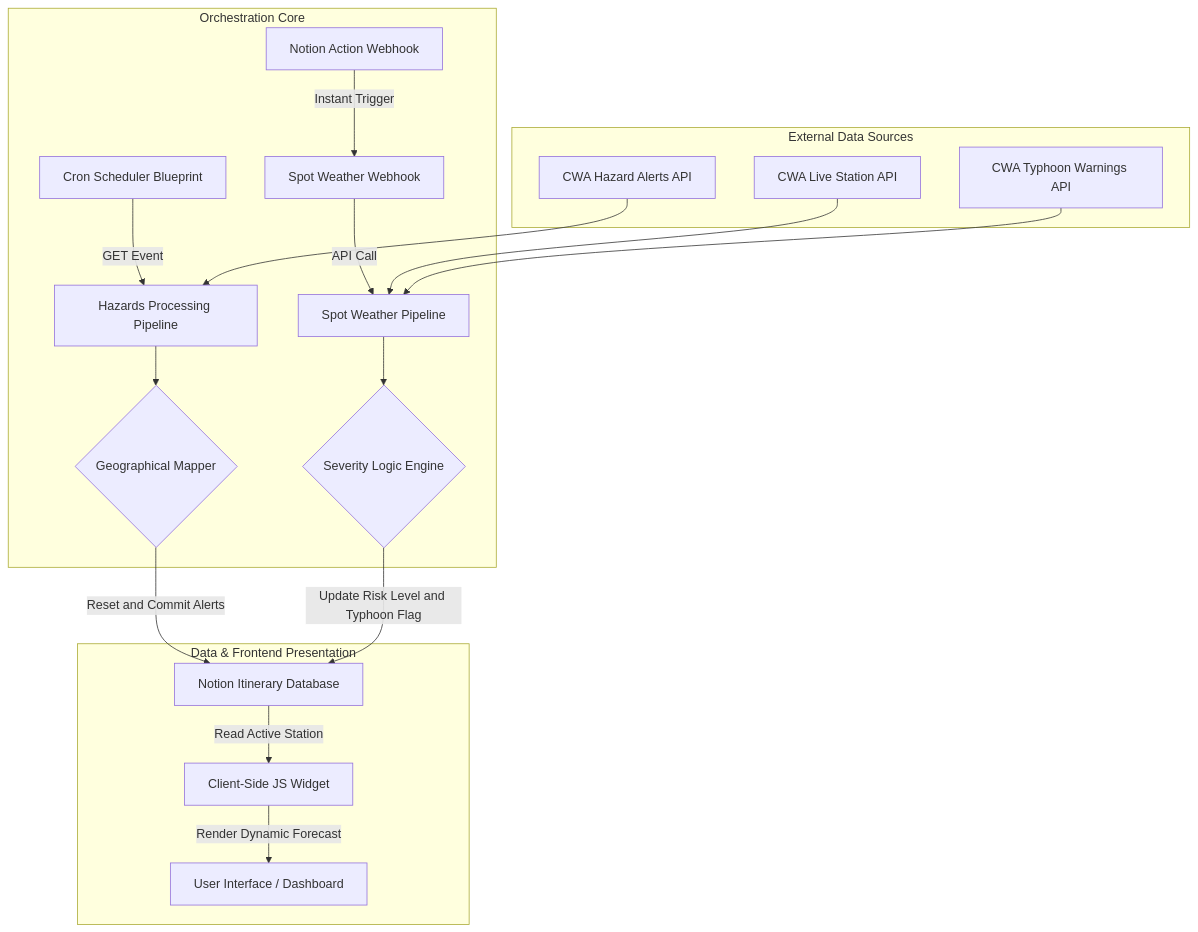
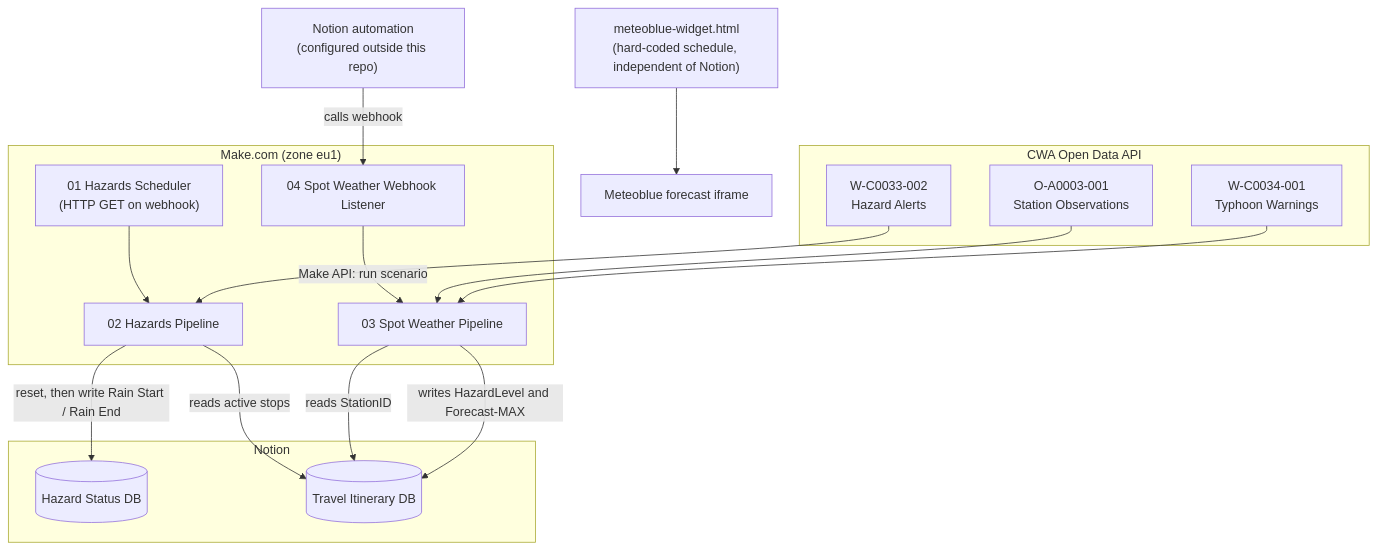
One commit to bisch2306/travel-weather-intelligence-system changed the diagram in README.md. Above: the diagram before and after it, drawn with Mermaid. The commit also changed other lines of this file, not shown here.

````diff
--- a/README.md
+++ b/README.md
@@ -19,28 +20,30 @@
 ```mermaid
 graph TD
-    subgraph External Data Sources
-        A1["CWA Hazard Alerts API"]
-        A2["CWA Live Station API"]
-        A3["CWA Typhoon Warnings API"]
+    subgraph CWA["CWA Open Data API"]
+        A1["W-C0033-002<br/>Hazard Alerts"]
+        A2["O-A0003-001<br/>Station Observations"]
+        A3["W-C0034-001<br/>Typhoon Warnings"]
     end
 
-    subgraph Orchestration Core
-        B1["Cron Scheduler Blueprint"] -->|GET Event| B2["Hazards Processing Pipeline"]
-        C1["Notion Action Webhook"] -->|Instant Trigger| B3["Spot Weather Webhook"]
-        B3 -->|API Call| B4["Spot Weather Pipeline"]
-
-        A1 --> B2
-        A2 --> B4
-        A3 --> B4
-
-        B2 --> D1{"Geographical Mapper"}
-        B4 --> D2{"Severity Logic Engine"}
+    subgraph Make["Make.com (zone eu1)"]
+        S1["01 Hazards Scheduler<br/>(HTTP GET on webhook)"] --> H["02 Hazards Pipeline"]
+        W1["04 Spot Weather Webhook Listener"] -->|"Make API: run scenario"| P["03 Spot Weather Pipeline"]
     end
 
-    subgraph Data & Frontend Presentation
-        D1 -->|Reset and Commit Alerts| E["Notion Itinerary Database"]
-        D2 -->|Update Risk Level and Typhoon Flag| E
-        E -->|Read Active Station| F["Client-Side JS Widget"]
-        F -->|Render Dynamic Forecast| G["User Interface / Dashboard"]
+    T["Notion automation<br/>(configured outside this repo)"] -->|"calls webhook"| W1
+
+    subgraph Notion["Notion"]
+        HD[("Hazard Status DB")]
+        ID[("Travel Itinerary DB")]
     end
+
+    A1 --> H
+    A2 --> P
+    A3 --> P
+    H -->|"reads active stops"| ID
+    H -->|"reset, then write Rain Start / Rain End"| HD
+    P -->|"reads StationID"| ID
+    P -->|"writes HazardLevel and Forecast-MAX"| ID
+
+    WG["meteoblue-widget.html<br/>(hard-coded schedule, independent of Notion)"] --> MB["Meteoblue forecast iframe"]
 ```
````
